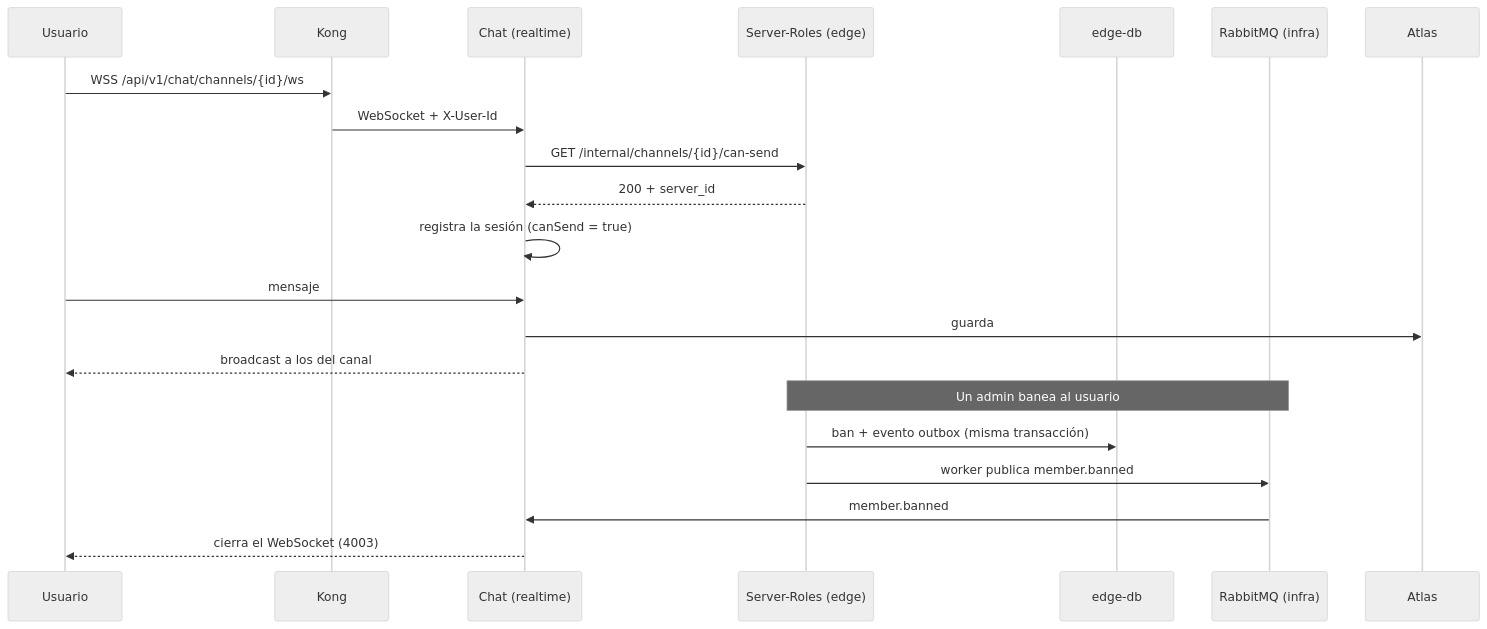
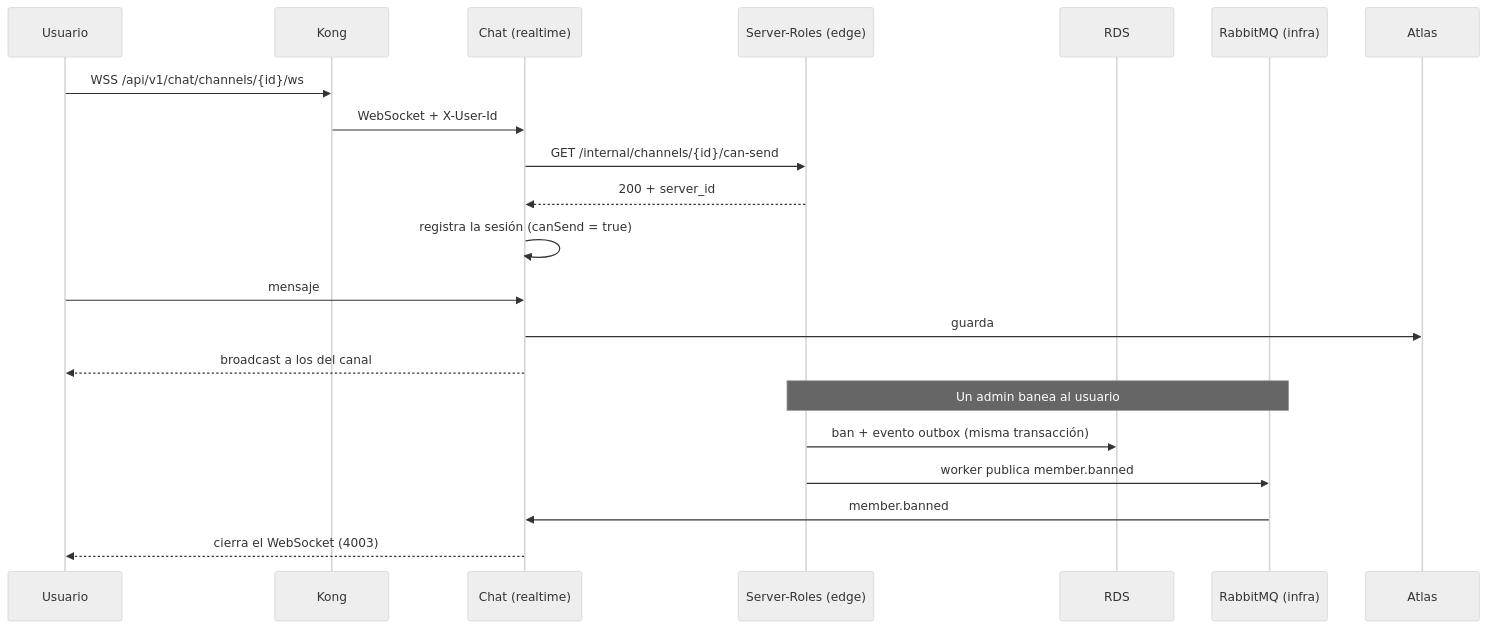
The fourth of 6 diagrams in docs/ARQUITECTURA.md (discordia-g12/discordia-orchestrator), drawn with Mermaid (neutral theme) before and after one commit. The commit also changed other lines of this file and 2 other files, not shown here.

````diff
--- a/docs/ARQUITECTURA.md
+++ b/docs/ARQUITECTURA.md
@@ -293,25 +317,25 @@
 ```mermaid
 sequenceDiagram
     participant U as Usuario
     participant K as Kong
     participant CH as Chat (realtime)
     participant SR as Server-Roles (edge)
-    participant DB as edge-db
+    participant DB as RDS
     participant MQ as RabbitMQ (infra)
     participant M as Atlas
 
     U->>K: WSS /api/v1/chat/channels/{id}/ws
     K->>CH: WebSocket + X-User-Id
     CH->>SR: GET /internal/channels/{id}/can-send
     SR-->>CH: 200 + server_id
     CH->>CH: registra la sesión (canSend = true)
     U->>CH: mensaje
     CH->>M: guarda
     CH-->>U: broadcast a los del canal
 
     Note over SR,MQ: Un admin banea al usuario
     SR->>DB: ban + evento outbox (misma transacción)
     SR->>MQ: worker publica member.banned
     MQ->>CH: member.banned
     CH-->>U: cierra el WebSocket (4003)
 ```
````
